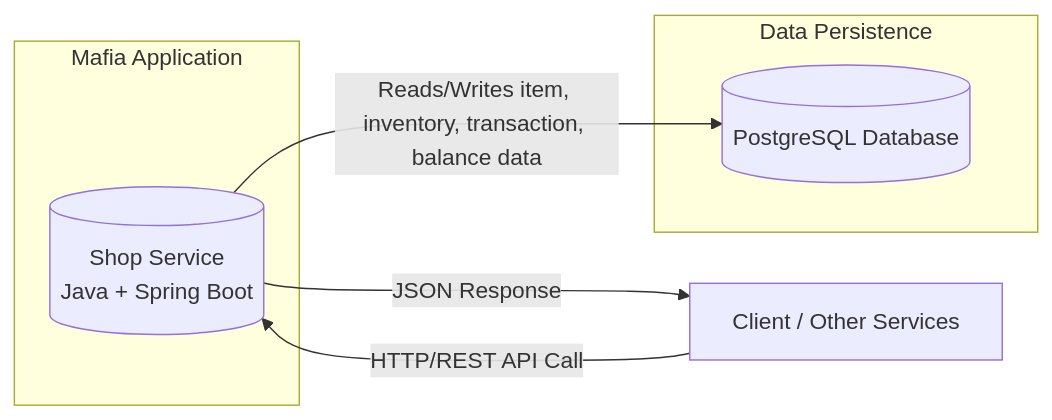
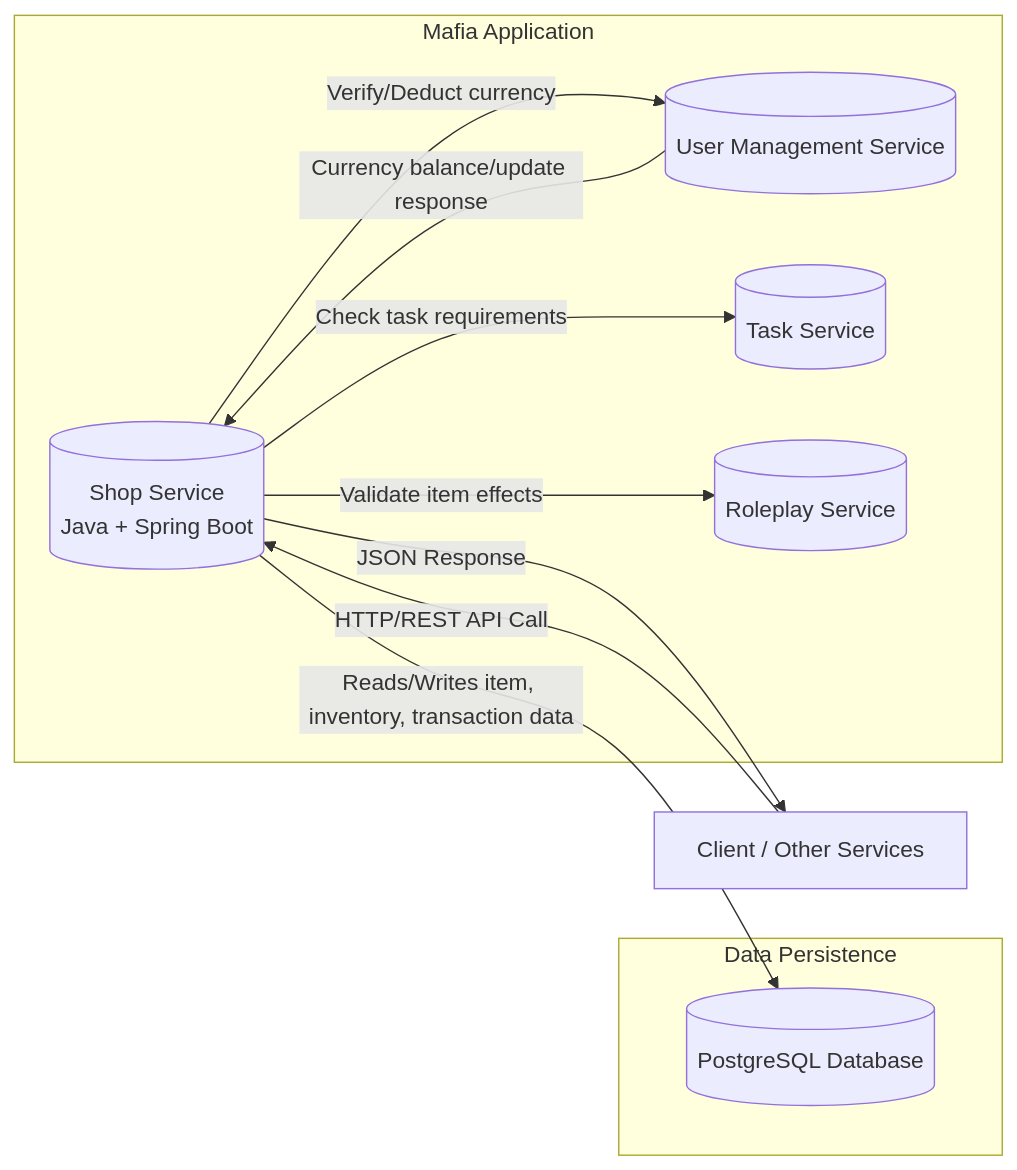
Before and after one commit to Flexksx/distributed_mafia_platform: the third of 8 diagrams in README.md, drawn with Mermaid. The commit also changed other lines of this file, not shown here.

Commit message:
update shop service acording to the requirements

````diff
--- a/README.md
+++ b/README.md
@@ -310,17 +309,24 @@
 ```mermaid
 flowchart LR
     subgraph MafiaApplication["Mafia Application"]
         SS[("Shop Service
         Java + Spring Boot")]
+        UMS[("User Management Service")]
+        TS[("Task Service")]
+        RS[("Roleplay Service")]
     end
 
     subgraph DataPersistence["Data Persistence"]
         DB[(PostgreSQL Database)]
     end
 
     Client["Client / Other Services"]
 
     Client -- "HTTP/REST API Call" --> SS
     SS -- "JSON Response" --> Client
-    SS -- "Reads/Writes item, inventory, transaction, balance data" --> DB
+    SS -- "Reads/Writes item, inventory, transaction data" --> DB
+    SS -- "Verify/Deduct currency" --> UMS
+    UMS -- "Currency balance/update response" --> SS
+    SS -- "Validate item effects" --> RS
+    SS -- "Check task requirements" --> TS
 ```
````
